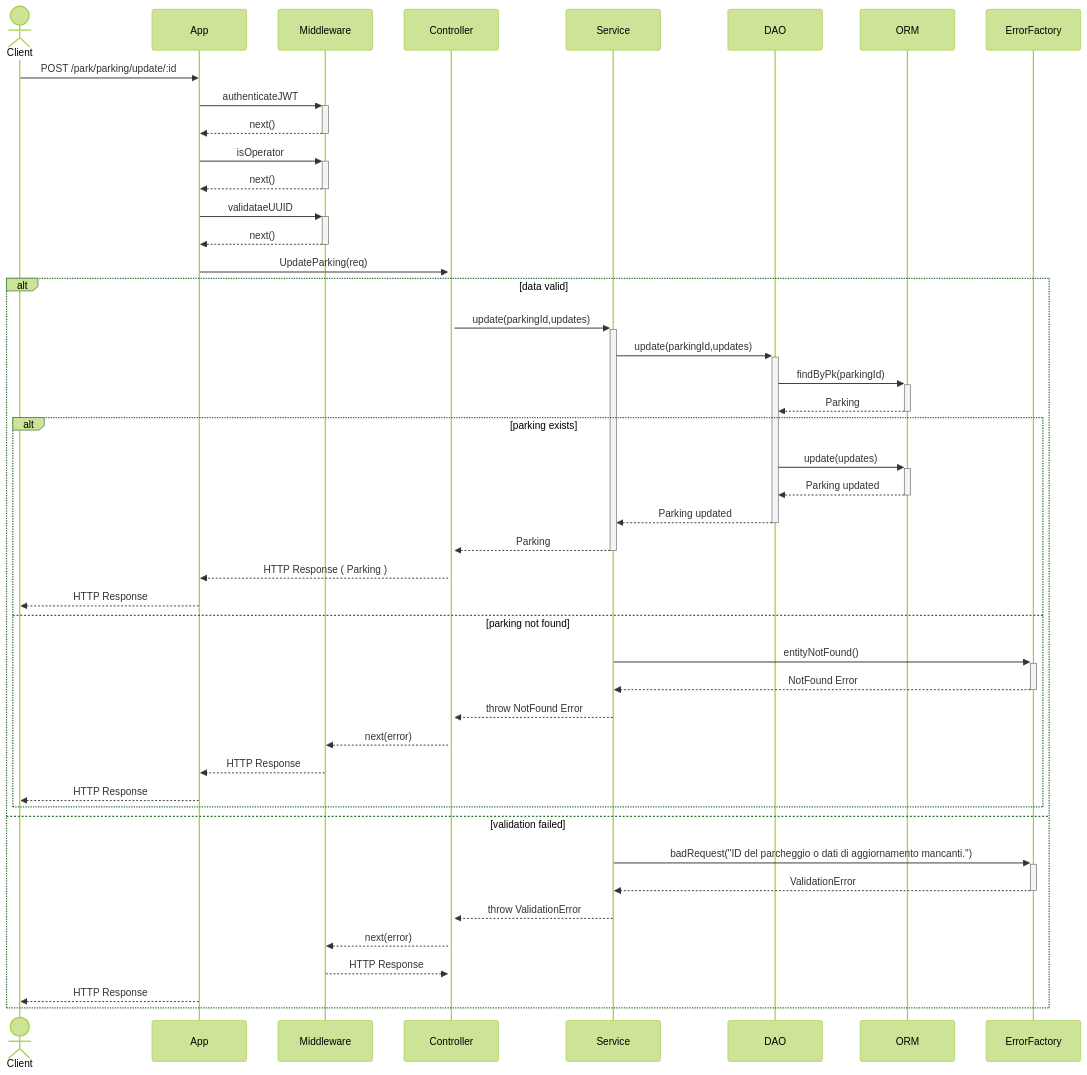
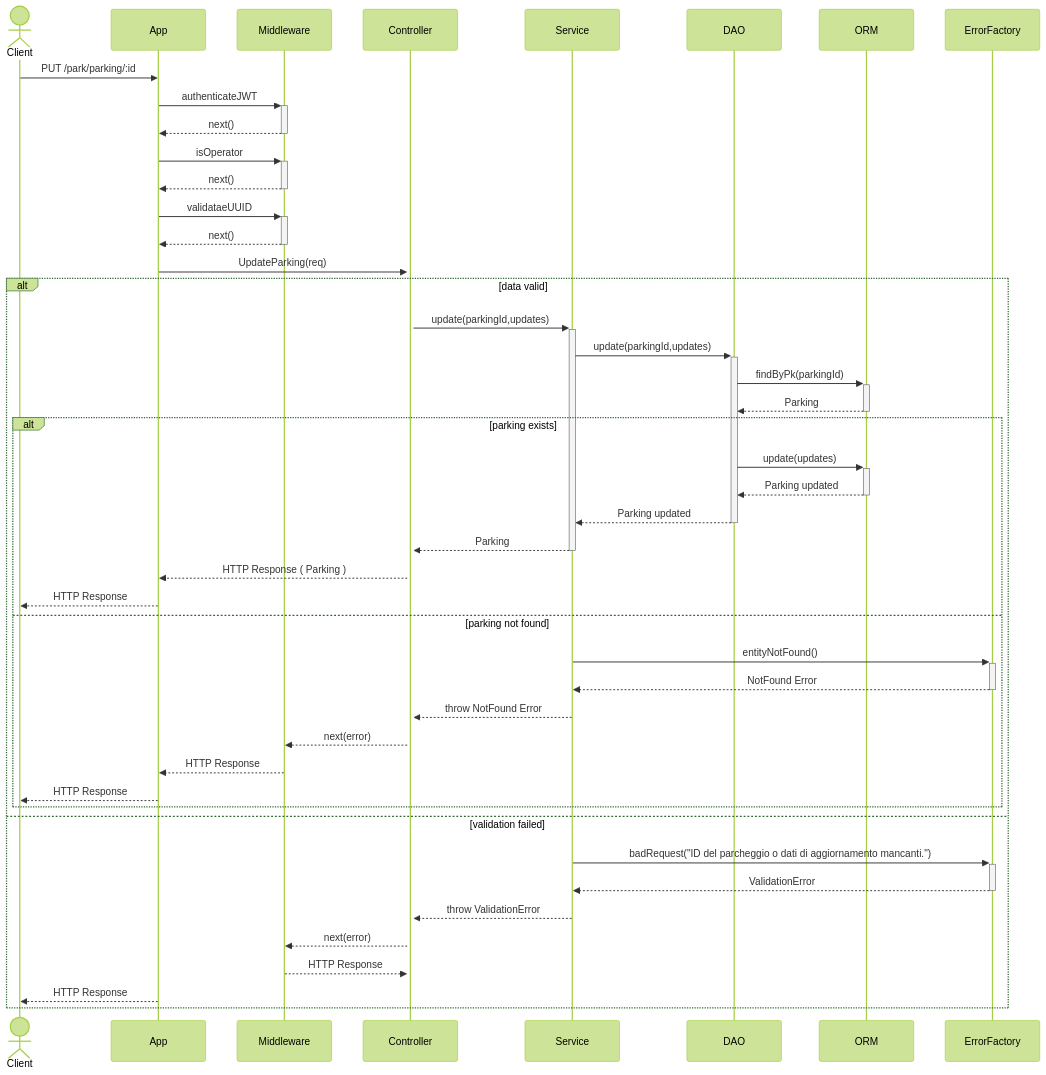
One commit to niccolociotti/parking_PA changed the eighth of 22 diagrams in README.md. Above: the diagram before and after it, drawn with Mermaid (forest theme). The commit also changed other lines of this file, not shown here.

````diff
--- a/README.md
+++ b/README.md
@@ -546,49 +546,49 @@
 ```mermaid
 sequenceDiagram
     actor Client
     participant App
     participant Middleware
     participant Controller
     participant Service
     participant DAO
     participant ORM
     participant ErrorFactory
 
-    Client->>App: POST /park/parking/update/:id
+    Client->>App: PUT /park/parking/:id
     App->>+Middleware: authenticateJWT
     Middleware-->>-App: next()
     App->>+Middleware: isOperator
     Middleware-->>-App: next()
     App->>+Middleware: validataeUUID
     Middleware-->>-App: next()
     App->>+Controller: UpdateParking(req)
     alt data valid
     Controller->>+Service: update(parkingId,updates)
         Service->>+DAO: update(parkingId,updates)
         DAO->>+ORM: findByPk(parkingId)
         ORM-->>-DAO: Parking
         alt parking exists
         DAO->>+ORM: update(updates)
         ORM-->>-DAO: Parking updated
             DAO-->>-Service: Parking updated
             Service-->>-Controller: Parking
             Controller-->>App: HTTP Response ( Parking )
             App-->>Client: HTTP Response
             else parking not found
                 Service->>+ErrorFactory: entityNotFound()
                 ErrorFactory-->>-Service: NotFound Error
                 Service-->>Controller: throw NotFound Error
                 Controller-->>Middleware: next(error)
                 Middleware-->>App: HTTP Response
                 App-->>Client: HTTP Response
                 end
     else validation failed
     Service->>+ErrorFactory: badRequest("ID del parcheggio o dati di aggiornamento mancanti.")
         ErrorFactory-->>-Service: ValidationError
         Service-->>Controller: throw ValidationError
         Controller-->>Middleware: next(error)
         Middleware-->>Controller: HTTP Response
         App-->>Client: HTTP Response
     end
 
 ```
````
